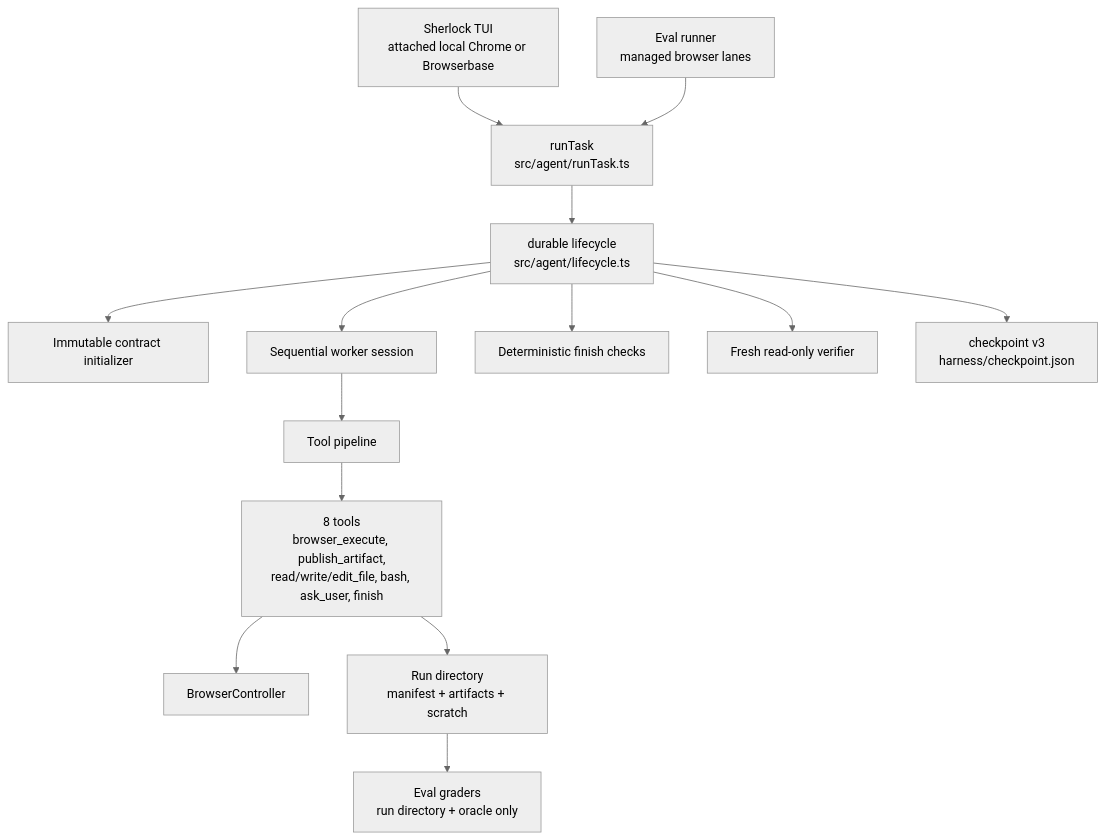
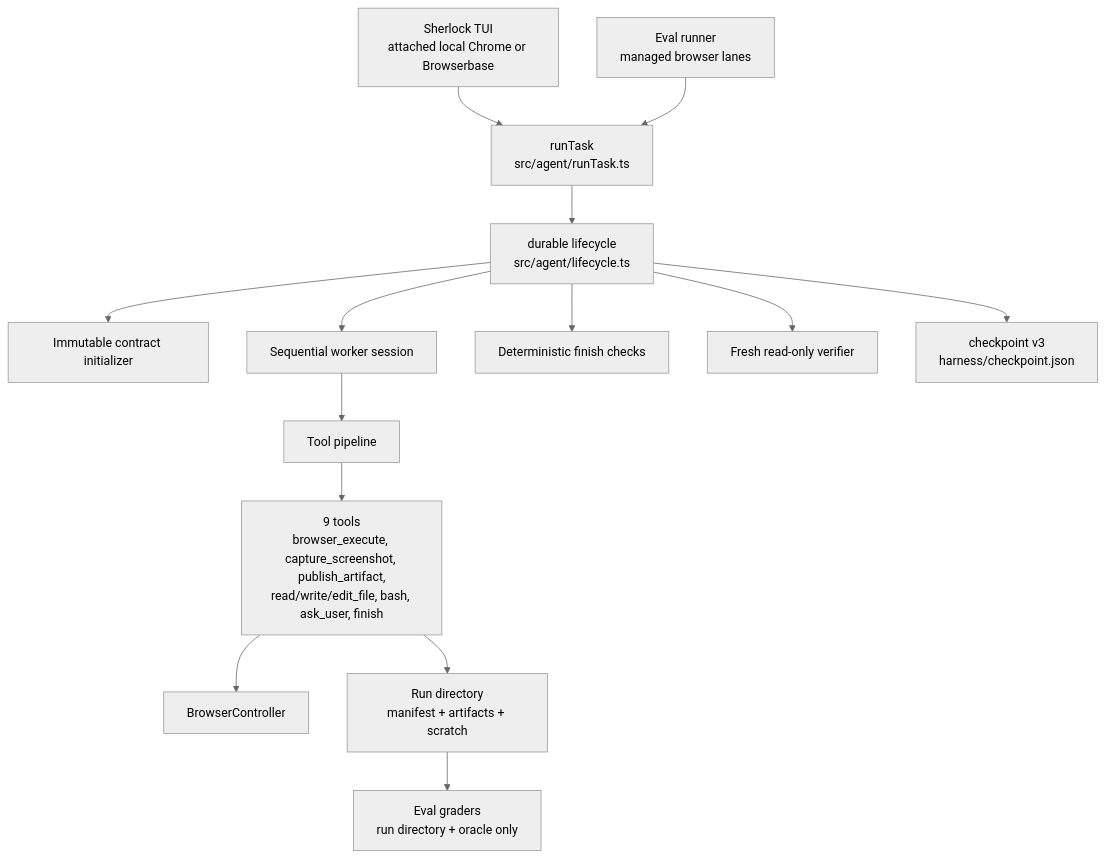
Before and after one commit to briosolivares/evidence-collection-agent: the first of 2 diagrams in .agents/summary/architecture.md, drawn with Mermaid (neutral theme). The commit also changed other lines of this file and 62 other files, not shown here.

````diff
--- a/.agents/summary/architecture.md
+++ b/.agents/summary/architecture.md
@@ -7,16 +7,16 @@
 ```mermaid
 flowchart TD
     TUI["Sherlock TUI\nattached local Chrome or Browserbase"] --> RT["runTask\nsrc/agent/runTask.ts"]
     EVAL["Eval runner\nmanaged browser lanes"] --> RT
     RT --> C["durable lifecycle\nsrc/agent/lifecycle.ts"]
     C --> I["Immutable contract initializer"]
     C --> W["Sequential worker session"]
     C --> D["Deterministic finish checks"]
     C --> V["Fresh read-only verifier"]
     W --> P["Tool pipeline"]
-    P --> TOOLS["8 tools\nbrowser_execute, publish_artifact,\nread/write/edit_file, bash, ask_user, finish"]
+    P --> TOOLS["9 tools\nbrowser_execute, capture_screenshot, publish_artifact,\nread/write/edit_file, bash, ask_user, finish"]
     TOOLS --> B["BrowserController"]
     TOOLS --> R["Run directory\nmanifest + artifacts + scratch"]
     C --> CP["checkpoint v3\nharness/checkpoint.json"]
     R --> G["Eval graders\nrun directory + oracle only"]
 ```
````
